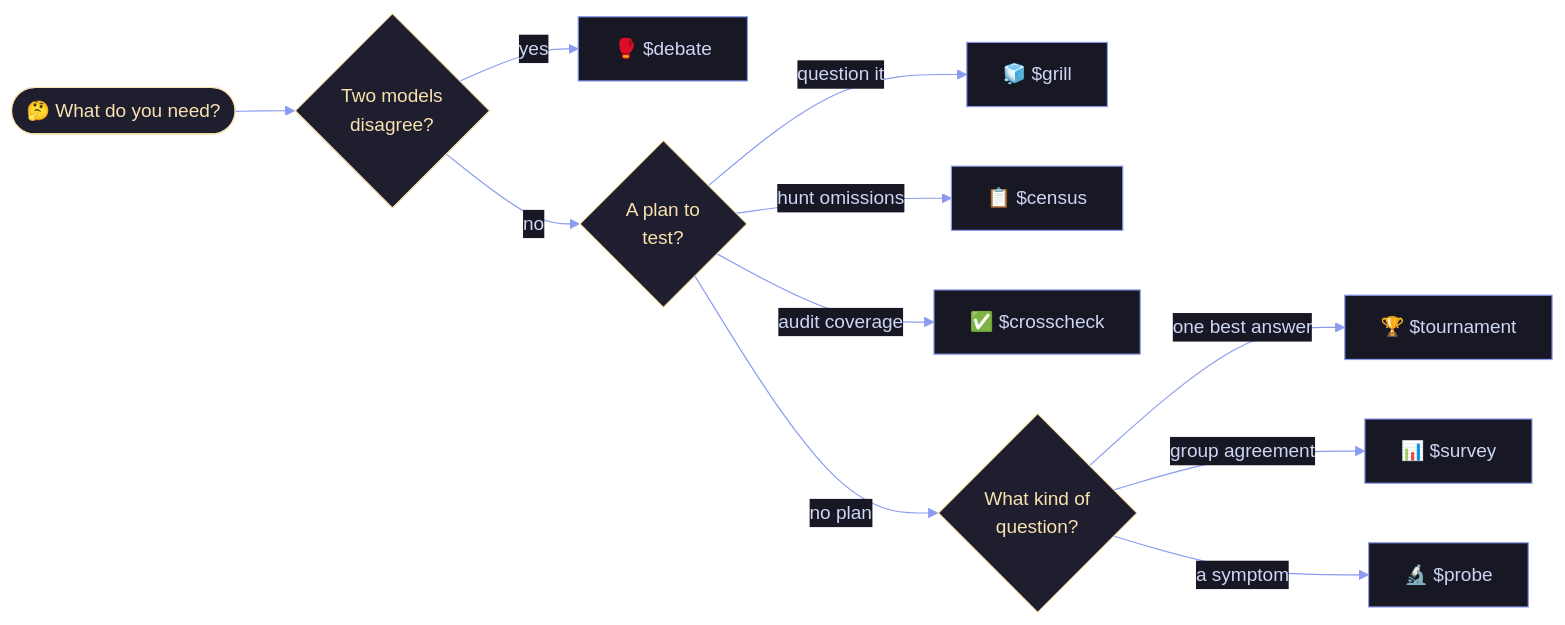
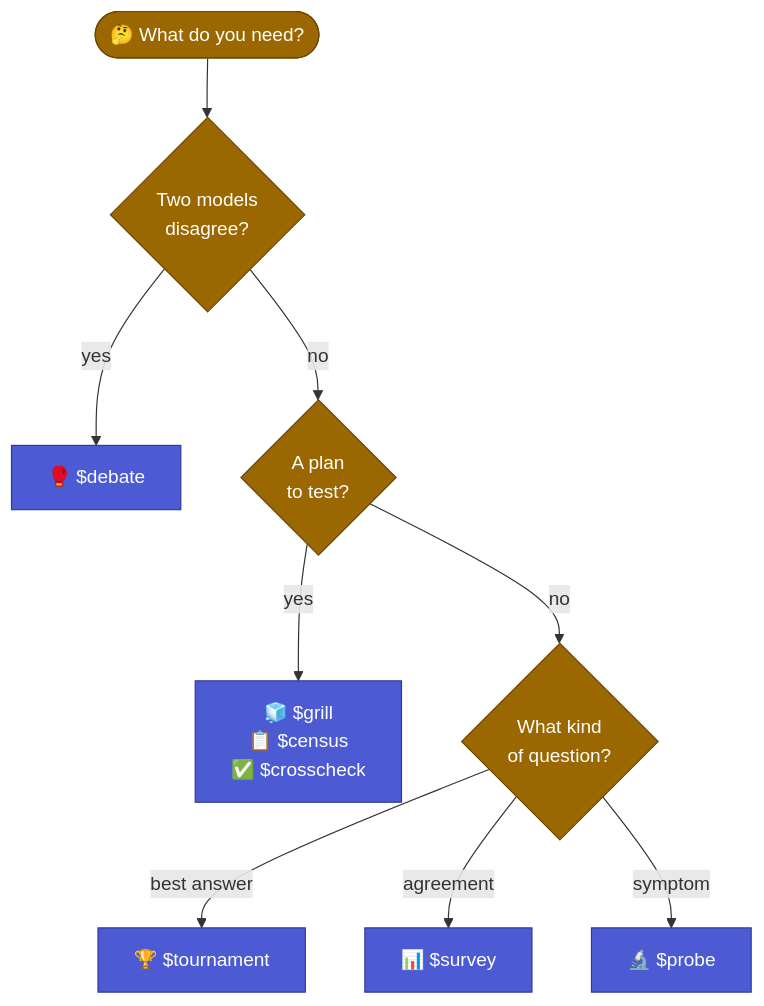
One commit to shoemoney/squad changed the first of 8 diagrams in README.md. Above: the diagram before and after it, drawn with Mermaid. The commit also changed other lines of this file, not shown here.

Commit message:
docs: 📦🧭 README round 3: per-OS key install, Quick start up front, vertical theme-safe diagrams, honest clip wording, census and crosscheck recut 🎞️

````diff
--- a/README.md
+++ b/README.md
@@ -90,18 +245,15 @@
 ```mermaid
-%%{init: {'theme':'base','themeVariables':{'primaryColor':'#1e1e2e','primaryTextColor':'#cdd6f4','primaryBorderColor':'#8b9cf0','lineColor':'#8b9cf0','secondaryColor':'#181825','tertiaryColor':'#1e1e2e','noteBkgColor':'#181825','noteTextColor':'#cdd6f4','actorBkg':'#1e1e2e','actorBorder':'#8b9cf0','actorTextColor':'#cdd6f4','signalColor':'#cdd6f4'}}}%%
-flowchart LR
+flowchart TD
     Start(["🤔 What do you need?"]) --> a{"Two models<br/>disagree?"}
     a -->|yes| Debate["🥊 $debate"]
-    a -->|no| b{"A plan to<br/>test?"}
-    b -->|question it| Grill["🧊 $grill"]
-    b -->|hunt omissions| Census["📋 $census"]
-    b -->|audit coverage| Cross["✅ $crosscheck"]
-    b -->|no plan| c{"What kind of<br/>question?"}
-    c -->|one best answer| Tour["🏆 $tournament"]
-    c -->|group agreement| Survey["📊 $survey"]
-    c -->|a symptom| Probe["🔬 $probe"]
-    classDef ask fill:#1e1e2e,stroke:#f9e2af,color:#f9e2af
-    classDef mode fill:#181825,stroke:#8b9cf0,color:#cdd6f4
+    a -->|no| b{"A plan<br/>to test?"}
+    b -->|yes| Plan["🧊 $grill<br/>📋 $census<br/>✅ $crosscheck"]
+    b -->|no| c{"What kind<br/>of question?"}
+    c -->|best answer| Tour["🏆 $tournament"]
+    c -->|agreement| Survey["📊 $survey"]
+    c -->|symptom| Probe["🔬 $probe"]
+    classDef ask fill:#9a6700,stroke:#6b4700,color:#fff
+    classDef mode fill:#4c5bd4,stroke:#2f3a9a,color:#fff
     class Start,a,b,c ask
-    class Debate,Grill,Census,Cross,Tour,Survey,Probe mode
+    class Debate,Plan,Tour,Survey,Probe mode
 ```
````
